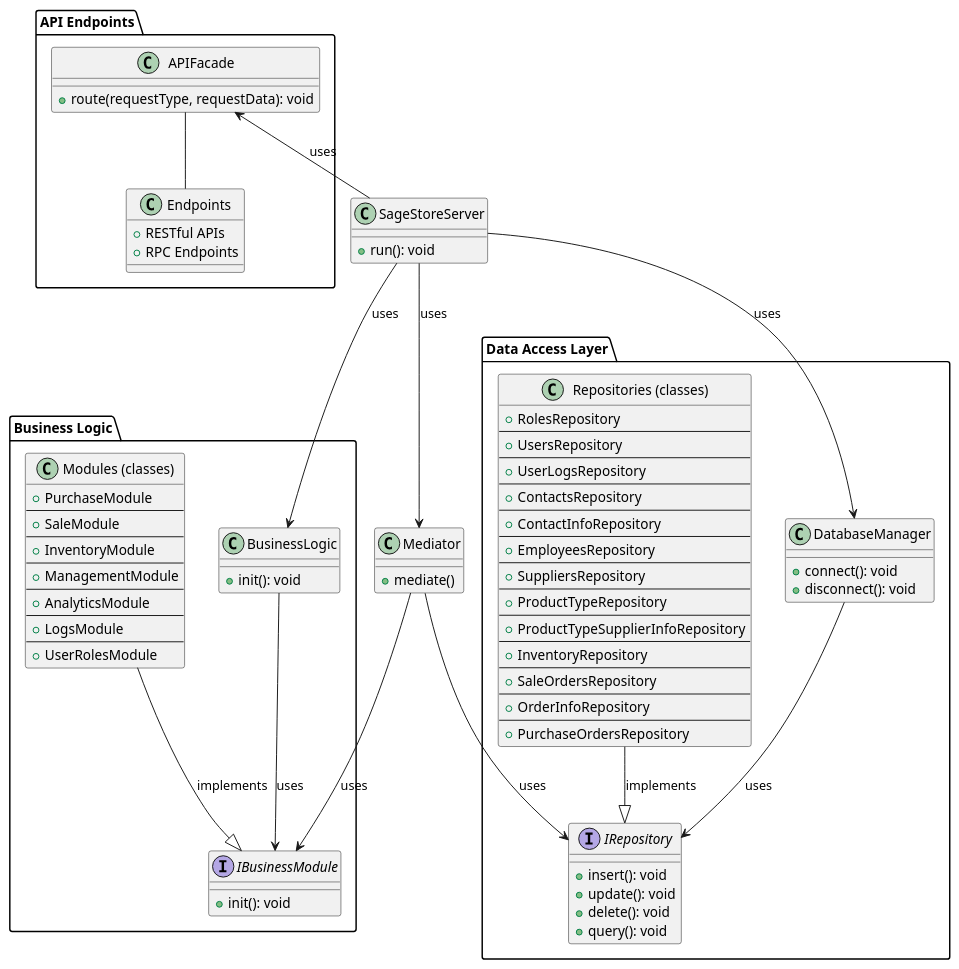
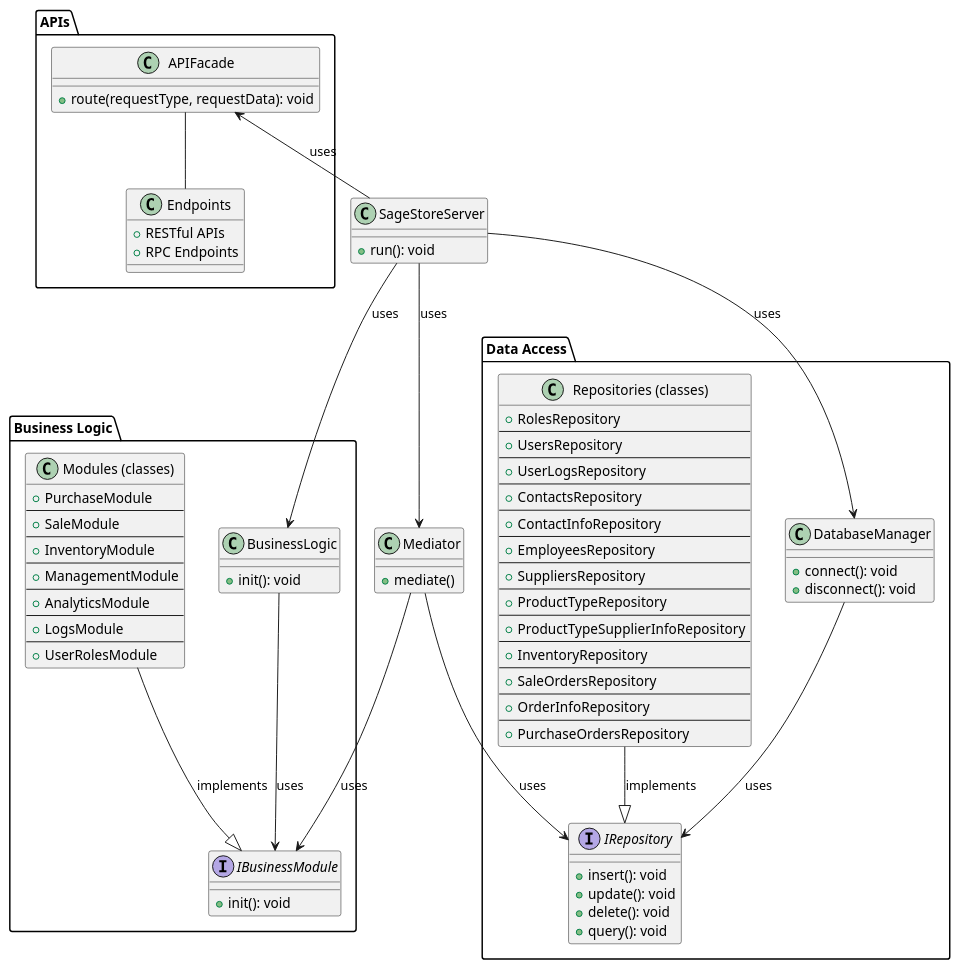
One commit to Sage-Cat/SageStore changed the diagram in docs/plantuml/Server_Design.puml. Above: the diagram before and after it, drawn with PlantUML. The commit also changed 9 other files, not shown here.

Commit message:
Change docs and client architecture

```diff
--- a/docs/plantuml/Server_Design.puml
+++ b/docs/plantuml/Server_Design.puml
@@ -1,120 +1,120 @@
 @startuml
 
 ' Main Application Service
 class SageStoreServer {
   +run(): void
 }
 
 ' Mediator Interface
 class Mediator {
   +mediate()
 }
 
-' API Endpoints
-package "API Endpoints" {
+' API
+package "APIs" {
   class APIFacade {
     +route(requestType, requestData): void
   }
   class Endpoints {
     +RESTful APIs
     +RPC Endpoints
   }
 
   APIFacade -- Endpoints
 }
 
 ' Relationships for API Endpoints
 SageStoreServer -up-> APIFacade : uses
 
 ' Business Logic
 package "Business Logic" {
   class BusinessLogic {
     +init(): void
   }
 
   interface IBusinessModule {
     +init(): void
   }
 
   class "Modules (classes)" {
     + PurchaseModule
     --
     + SaleModule
     --
     + InventoryModule
     --
     + ManagementModule
     --
     + AnalyticsModule
     --
     + LogsModule
     --
     + UserRolesModule
   }
 }
 
-' Data Access Layer
-package "Data Access Layer" {
+' Data Access
+package "Data Access" {
   class DatabaseManager {
     +connect(): void
     +disconnect(): void
   }
 
   interface IRepository {
     +insert(): void
     +update(): void
     +delete(): void
     +query(): void
   }
 
   class "Repositories (classes)" {
     + RolesRepository
     --
     + UsersRepository
     --
     + UserLogsRepository
     --
     + ContactsRepository
     --
     + ContactInfoRepository
     --
     + EmployeesRepository
     --
     + SuppliersRepository
     --
     + ProductTypeRepository
     --
     + ProductTypeSupplierInfoRepository
     --
     + InventoryRepository
     --
     + SaleOrdersRepository
     --
     + OrderInfoRepository
     --
     + PurchaseOrdersRepository
   }
 }
 
 ' Relationships for Main Application Service
 SageStoreServer -down-> BusinessLogic : uses
 SageStoreServer -down-> DatabaseManager : uses
 SageStoreServer -down-> Mediator : uses
 
 ' Relationships for Mediators to Packages
 Mediator -down-> IBusinessModule : uses
 Mediator -down-> IRepository : uses
 
 ' Relationships for Business Logic
 BusinessLogic -down-> IBusinessModule : uses
 
-' Relationships for Data Access Layer
+' Relationships for Data Access
 DatabaseManager -down-> IRepository : uses
 
 ' Repositories
 "Repositories (classes)" -down-|> IRepository : implements
 
 ' Business Modules
 "Modules (classes)" -down-|> IBusinessModule : implements
 
 @enduml
```
